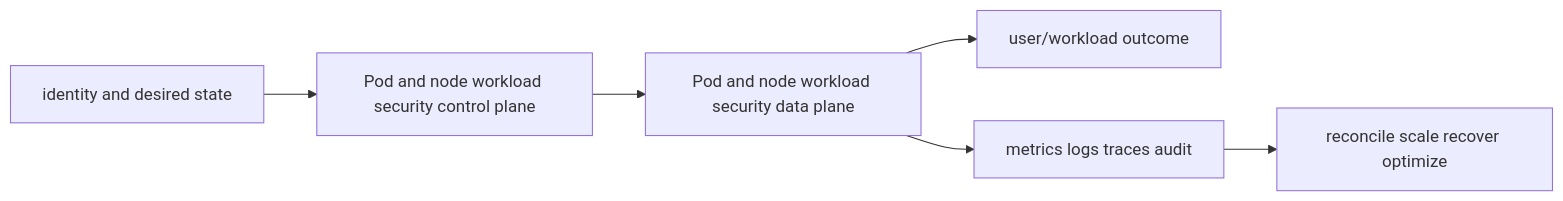
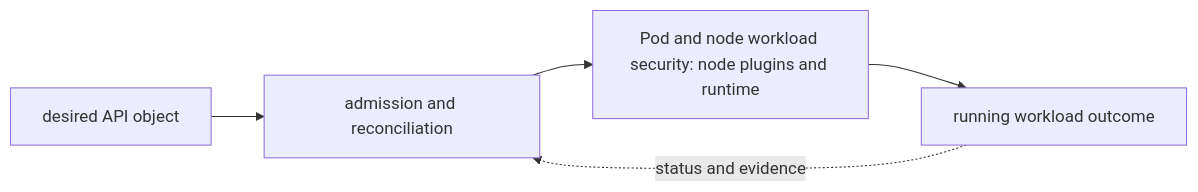
One commit to tomkidumbuyo/DevOps-interview-preparation changed the diagram in 06-kubernetes/05-security/02-pod-security/README.md. Above: the diagram before and after it, drawn with Mermaid. The commit also changed other lines of this file and 753 other files, not shown here.

````diff
--- a/06-kubernetes/05-security/02-pod-security/README.md
+++ b/06-kubernetes/05-security/02-pod-security/README.md
@@ -19,8 +31,7 @@
 ```mermaid
 flowchart LR
-  I[identity and desired state] --> C[Pod and node workload security control plane]
-  C --> D[Pod and node workload security data plane]
-  D --> U[user/workload outcome]
-  D --> O[metrics logs traces audit]
-  O --> R[reconcile scale recover optimize]
+  A["desired API object"] --> B["admission and reconciliation"]
+  B --> C["Pod and node workload security: node plugins and runtime"]
+  C --> D["running workload outcome"]
+  D -. "status and evidence" .-> B
 ```
````
